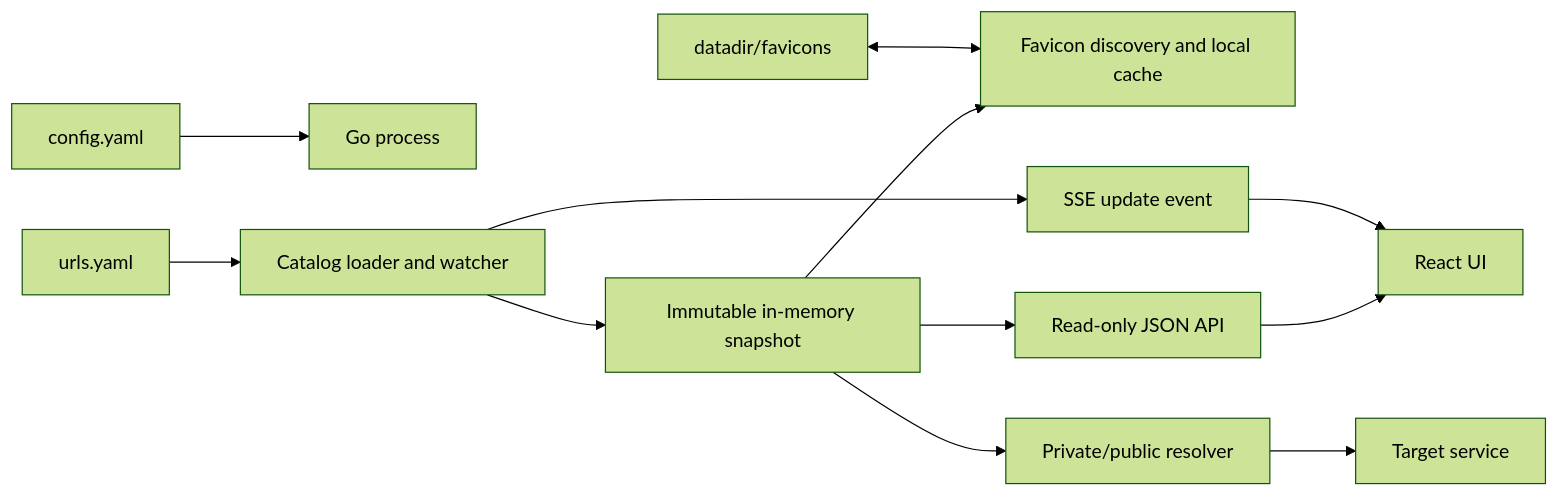
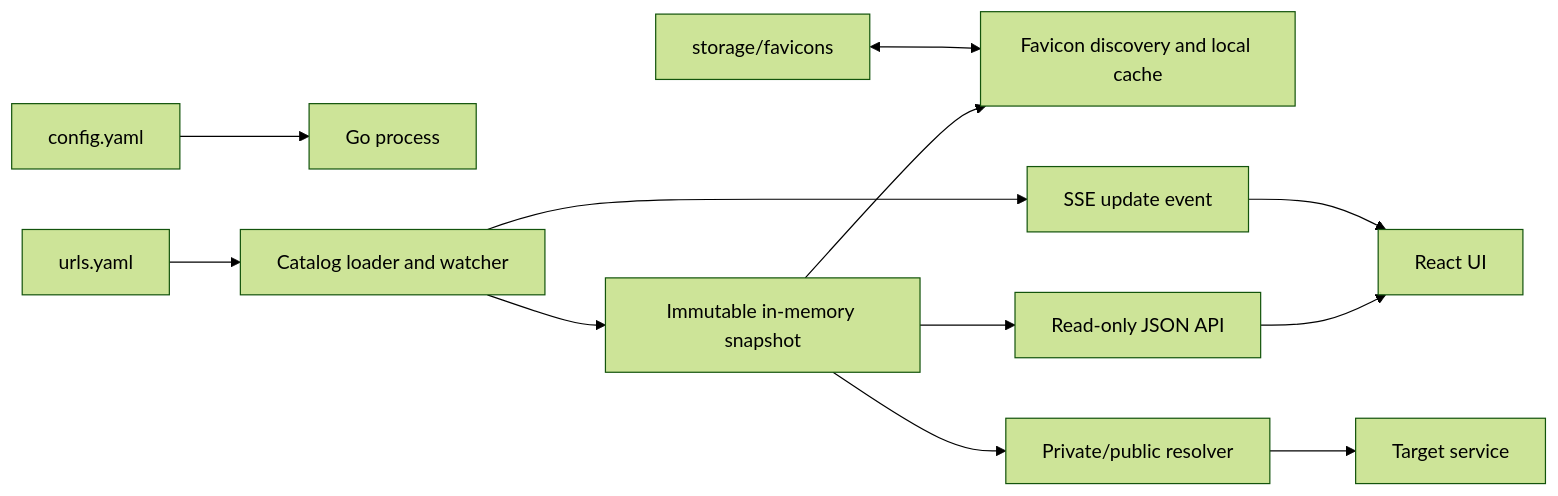
Before and after one commit to jiazixin/navi: the diagram in docs/DESIGN.md, drawn with Mermaid (forest theme). The commit also changed other lines of this file and 15 other files, not shown here.

Commit message:
refactor: rename datadir configuration to storage

````diff
--- a/docs/DESIGN.md
+++ b/docs/DESIGN.md
@@ -91,14 +91,14 @@
 ```mermaid
 flowchart LR
     C["config.yaml"] --> P["Go process"]
     Y["urls.yaml"] --> W["Catalog loader and watcher"]
     W --> M["Immutable in-memory snapshot"]
     M --> F["Favicon discovery and local cache"]
-    D["datadir/favicons"] <--> F
+    D["storage/favicons"] <--> F
     M --> A["Read-only JSON API"]
     M --> R["Private/public resolver"]
     A --> U["React UI"]
     R --> T["Target service"]
     W --> E["SSE update event"]
     E --> U
 ```
````
